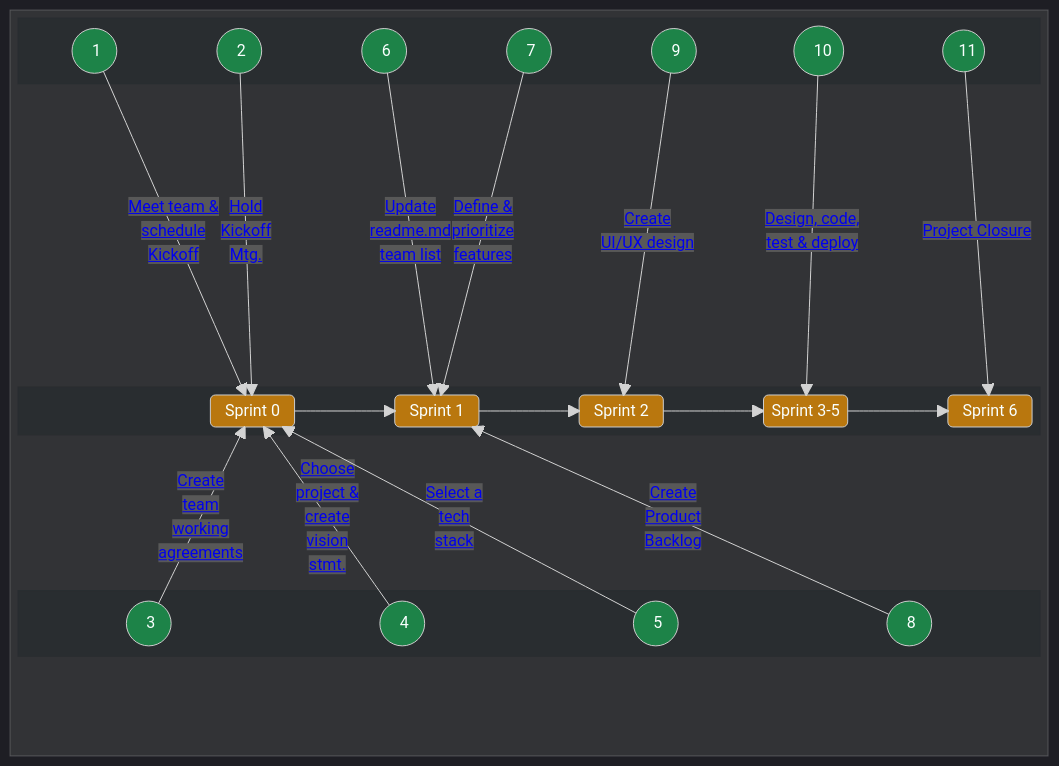
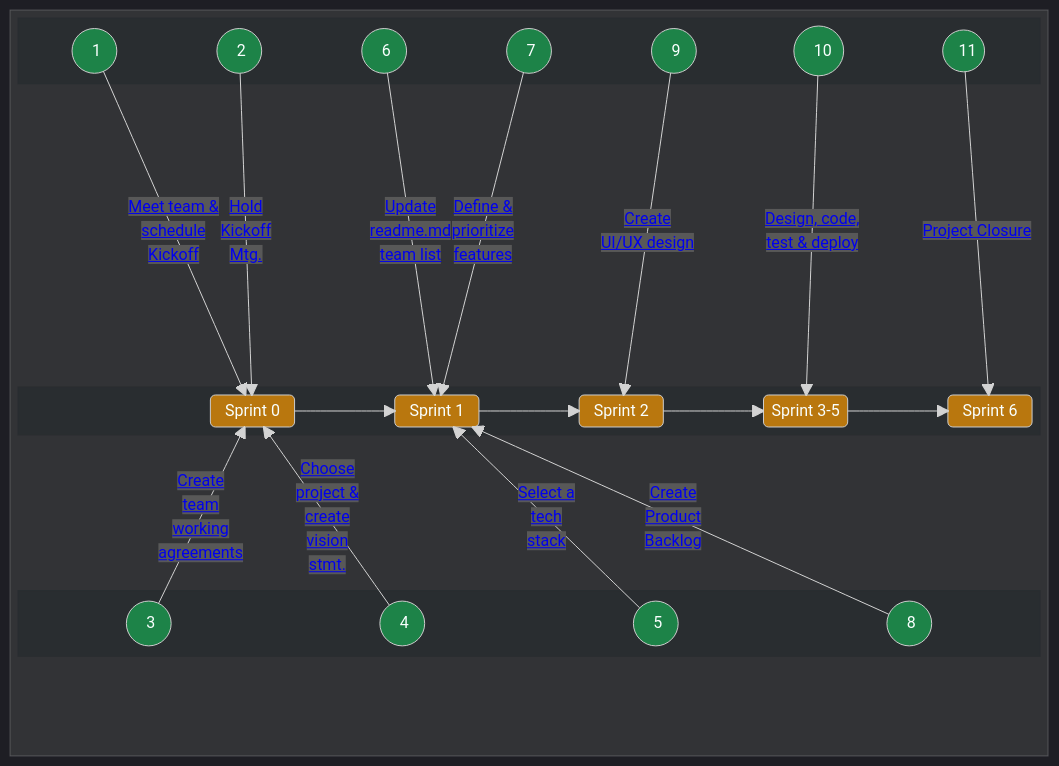
One commit to chingu-voyages/Handbook changed the first of 2 diagrams in docs/guides/voyage/voyage.md. Above: the diagram before and after it, drawn with Mermaid.

Commit message:
Feature: Update sprint diagram task ordering

```diff
--- a/docs/guides/voyage/voyage.md
+++ b/docs/guides/voyage/voyage.md
@@ -112,7 +112,7 @@
       A2 -- "<a href="https://github.com/chingu-voyages/Handbook/blob/main/docs/guides/voyage/voyage.md#2-conduct-kickoff-meeting-">Hold</br>Kickoff</br>Mtg.</a>" --> SPRINT0
       A3 -- "<a href="https://github.com/chingu-voyages/Handbook/blob/main/docs/guides/voyage/voyage.md#3-setup-your-teams-working-agreements-">Create</br>team</br>working</br>agreements</a>" --> SPRINT0
       A4 -- "<a href="https://github.com/chingu-voyages/Handbook/blob/main/docs/guides/voyage/voyage.md#4-choose-a-project--create-a-vision-statement-">Choose</br>project &</br>create</br>vision</br>stmt.</a>" --> SPRINT0
-      A5 -- "<a href="https://github.com/chingu-voyages/Handbook/blob/main/docs/guides/voyage/voyage.md#5-select-a-tech-stack">Select a</br>tech</br>stack</a>" --> SPRINT0
+      A5 -- "<a href="https://github.com/chingu-voyages/Handbook/blob/main/docs/guides/voyage/voyage.md#5-select-a-tech-stack">Select a</br>tech</br>stack</a>" --> SPRINT1
       A6 -- "<a href="https://github.com/chingu-voyages/Handbook/blob/main/docs/guides/voyage/voyage.md#6-add-your-info-to-the-team-list-in-your-readmemd-%EF%B8%8F">Update</br>readme.md</br>team list<a/>" --> SPRINT1
       A7 -- "<a href="https://github.com/chingu-voyages/Handbook/blob/main/docs/guides/voyage/voyage.md#7-define--prioritize-mvp-features-">Define &</br>prioritize</br>features</a>" --> SPRINT1
       A8 -- "<a href="https://github.com/chingu-voyages/Handbook/blob/main/docs/guides/voyage/voyage.md#8-setup-product-backlog-">Create</br>Product</br>Backlog</a>" --> SPRINT1
```
